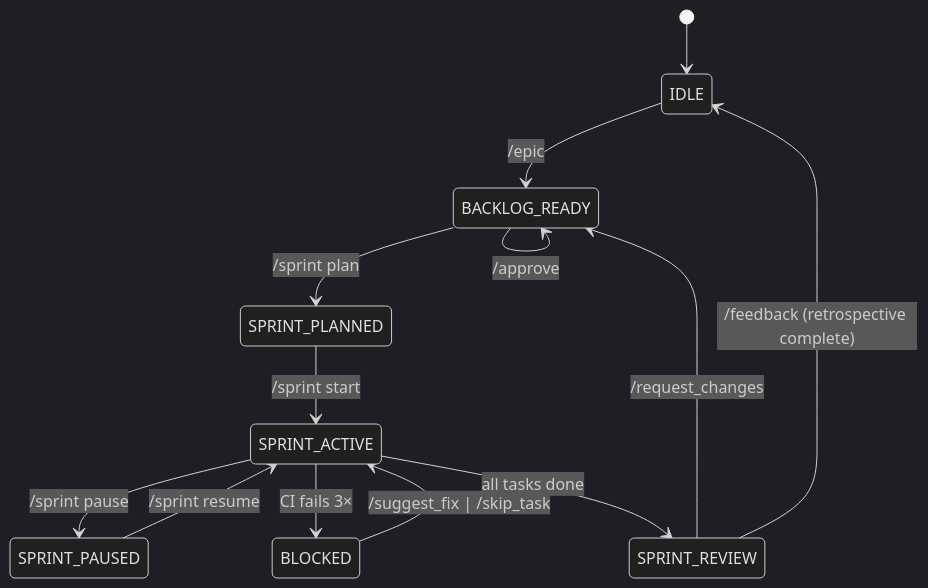
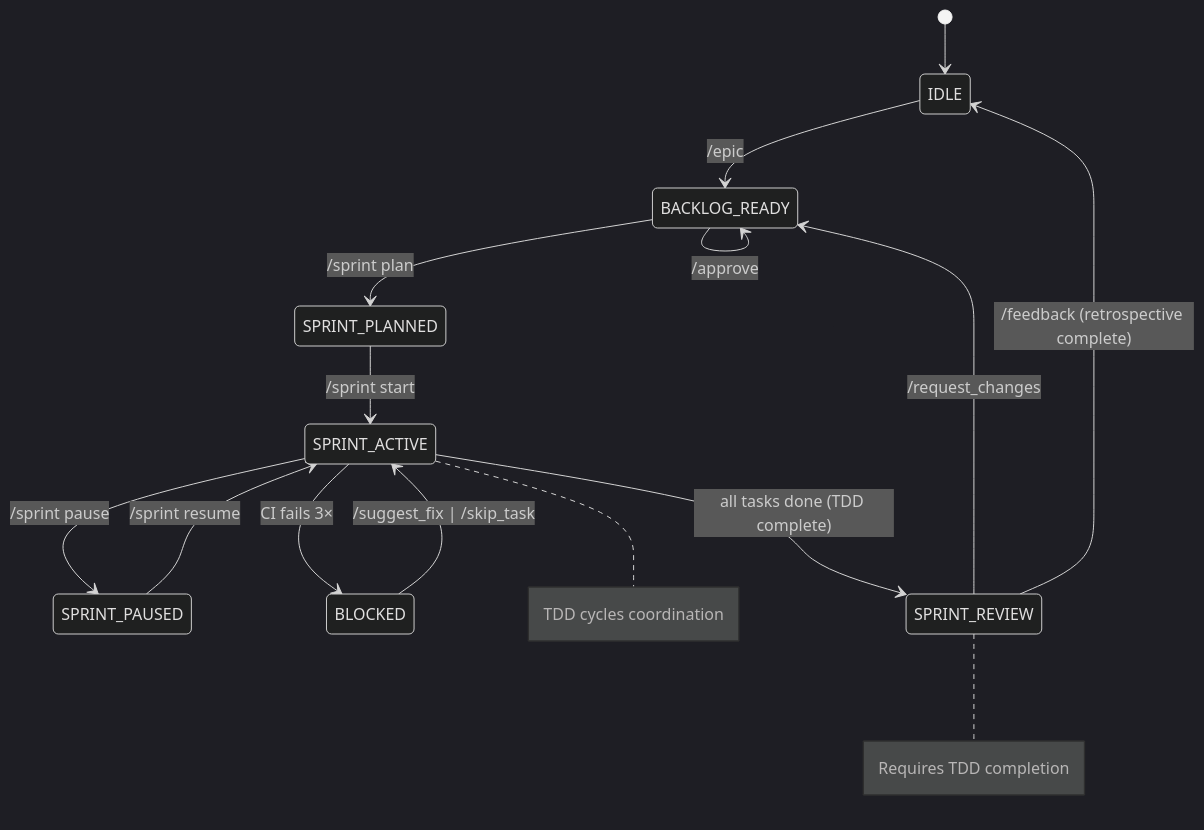
One commit to jmontp/agent-workflow changed the first of 4 diagrams in docs_src/user-guide/state-machine.md. Above: the diagram before and after it, drawn with Mermaid. The commit also changed other lines of this file and 2 other files, not shown here.

First line of the commit message:
🔄 CRITICAL: Update state diagrams for consistency across docs and web app

````diff
--- a/docs_src/user-guide/state-machine.md
+++ b/docs_src/user-guide/state-machine.md
@@ -47,16 +47,19 @@
 ```mermaid
 %%{init: {'theme': 'dark'}}%%
 stateDiagram-v2
     [*] --> IDLE
     IDLE --> BACKLOG_READY : /epic
     BACKLOG_READY --> BACKLOG_READY : /approve
     BACKLOG_READY --> SPRINT_PLANNED : /sprint plan
     SPRINT_PLANNED --> SPRINT_ACTIVE : /sprint start
     SPRINT_ACTIVE --> SPRINT_PAUSED : /sprint pause
     SPRINT_PAUSED --> SPRINT_ACTIVE : /sprint resume
     SPRINT_ACTIVE --> BLOCKED : CI fails 3×
     BLOCKED --> SPRINT_ACTIVE : /suggest_fix | /skip_task
-    SPRINT_ACTIVE --> SPRINT_REVIEW : all tasks done
+    SPRINT_ACTIVE --> SPRINT_REVIEW : all tasks done (TDD complete)
     SPRINT_REVIEW --> BACKLOG_READY : /request_changes
     SPRINT_REVIEW --> IDLE : /feedback (retrospective complete)
+    
+    note right of SPRINT_ACTIVE : TDD cycles coordination
+    note right of SPRINT_REVIEW : Requires TDD completion
 ```
````
